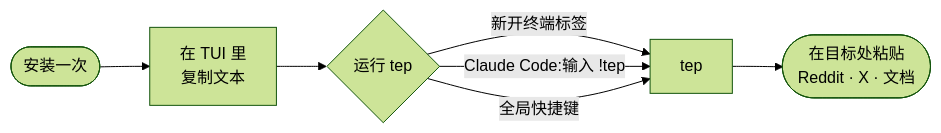
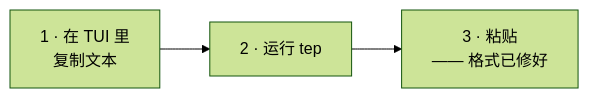
The diagram in README.zh-CN.md (weijt606/TUI-easy-past), drawn with Mermaid (forest theme) before and after one commit. The commit also changed other lines of this file and 1 other file, not shown here.

First line of the commit message:
docs: simplify workflow diagram, drop hotkey section, add !tep guide

````diff
--- a/README.zh-CN.md
+++ b/README.zh-CN.md
@@ -41,9 +43,4 @@
 ```mermaid
 flowchart LR
-    A(["安装一次"]) --> B["在 TUI 里<br/>复制文本"]
-    B --> C{"运行 tep"}
-    C -->|"新开终端标签"| T["tep"]
-    C -->|"Claude Code:输入 !tep"| T
-    C -->|"全局快捷键"| T
-    T --> D(["在目标处粘贴<br/>Reddit · X · 文档"])
+    A["1 · 在 TUI 里<br/>复制文本"] --> B["2 · 运行 tep"] --> C["3 · 粘贴<br/>—— 格式已修好"]
 ```
````
